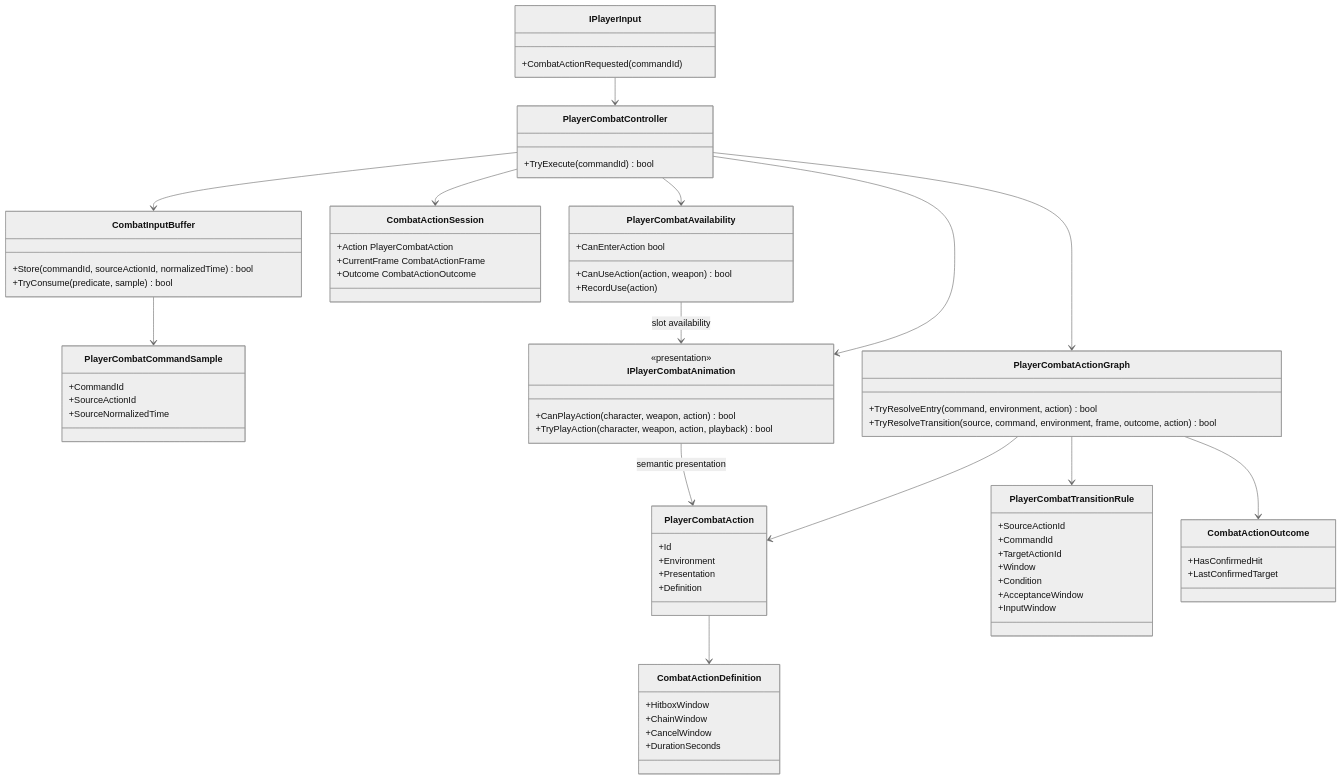
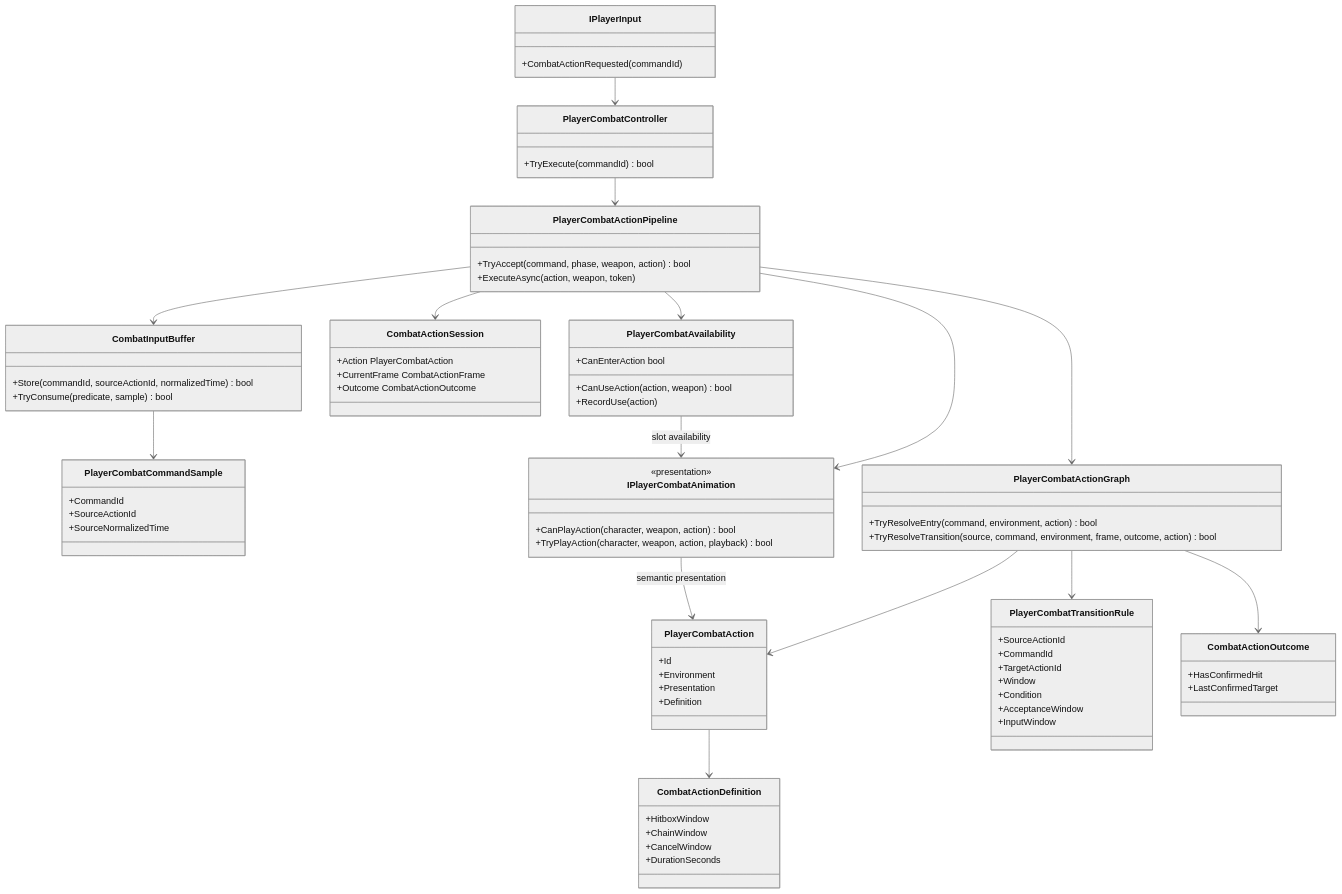
The diagram in Docs/Architecture/Combat.ComboGraph.md (MaximFonariuc/project-s), drawn with Mermaid (neutral theme) before and after one commit. The commit also changed 13 other files, not shown here.

Commit message:
refactor(combat): extract action execution pipeline

````diff
--- a/Docs/Architecture/Combat.ComboGraph.md
+++ b/Docs/Architecture/Combat.ComboGraph.md
@@ -10,76 +10,81 @@
 ```mermaid
 classDiagram
     class IPlayerInput {
         +CombatActionRequested(commandId)
     }
     class CombatInputBuffer {
         +Store(commandId, sourceActionId, normalizedTime) bool
         +TryConsume(predicate, sample) bool
     }
     class PlayerCombatCommandSample {
         +CommandId
         +SourceActionId
         +SourceNormalizedTime
     }
     class PlayerCombatController {
         +TryExecute(commandId) bool
+    }
+    class PlayerCombatActionPipeline {
+        +TryAccept(command, phase, weapon, action) bool
+        +ExecuteAsync(action, weapon, token)
     }
     class CombatActionSession {
         +Action PlayerCombatAction
         +CurrentFrame CombatActionFrame
         +Outcome CombatActionOutcome
     }
     class PlayerCombatActionGraph {
         +TryResolveEntry(command, environment, action) bool
         +TryResolveTransition(source, command, environment, frame, outcome, action) bool
     }
     class PlayerCombatAction {
         +Id
         +Environment
         +Presentation
         +Definition
     }
     class PlayerCombatTransitionRule {
         +SourceActionId
         +CommandId
         +TargetActionId
         +Window
         +Condition
         +AcceptanceWindow
         +InputWindow
     }
     class CombatActionDefinition {
         +HitboxWindow
         +ChainWindow
         +CancelWindow
         +DurationSeconds
     }
     class CombatActionOutcome {
         +HasConfirmedHit
         +LastConfirmedTarget
     }
     class IPlayerCombatAnimation {
         <<presentation>>
         +CanPlayAction(character, weapon, action) bool
         +TryPlayAction(character, weapon, action, playback) bool
     }
     class PlayerCombatAvailability {
         +CanEnterAction bool
         +CanUseAction(action, weapon) bool
         +RecordUse(action)
     }
 
     IPlayerInput --> PlayerCombatController
-    PlayerCombatController --> CombatInputBuffer
-    PlayerCombatController --> CombatActionSession
+    PlayerCombatController --> PlayerCombatActionPipeline
+    PlayerCombatActionPipeline --> CombatInputBuffer
+    PlayerCombatActionPipeline --> CombatActionSession
     CombatInputBuffer --> PlayerCombatCommandSample
-    PlayerCombatController --> PlayerCombatActionGraph
-    PlayerCombatController --> PlayerCombatAvailability
+    PlayerCombatActionPipeline --> PlayerCombatActionGraph
+    PlayerCombatActionPipeline --> PlayerCombatAvailability
     PlayerCombatActionGraph --> PlayerCombatAction
     PlayerCombatActionGraph --> PlayerCombatTransitionRule
     PlayerCombatAction --> CombatActionDefinition
     PlayerCombatActionGraph --> CombatActionOutcome
-    PlayerCombatController --> IPlayerCombatAnimation
+    PlayerCombatActionPipeline --> IPlayerCombatAnimation
     IPlayerCombatAnimation --> PlayerCombatAction : semantic presentation
     PlayerCombatAvailability --> IPlayerCombatAnimation : slot availability
 ```
````
